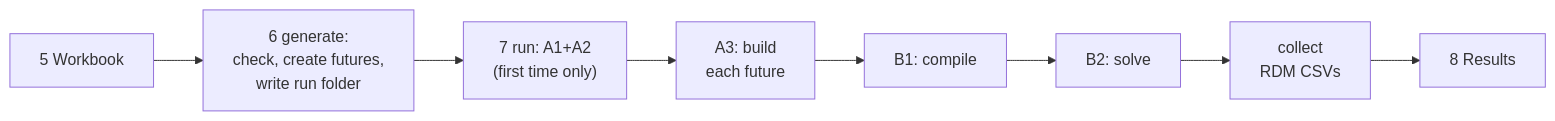
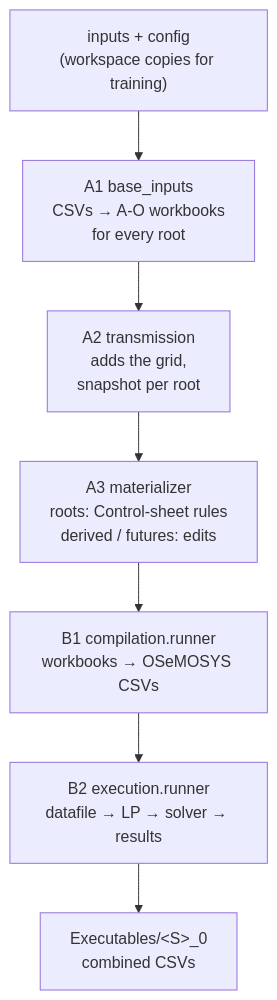
One commit to jeenogeorge/OSTRAM_PERT changed the second of 2 diagrams in docs/rdm-pipeline.md. Above: the diagram before and after it, drawn with Mermaid. The commit also changed other lines of this file and 3 other files, not shown here.

````diff
--- a/docs/rdm-pipeline.md
+++ b/docs/rdm-pipeline.md
@@ -27,10 +138,9 @@
 ```mermaid
-flowchart LR
-    S5["5 Workbook"] --> S6["6 generate:<br/>check, create futures,<br/>write run folder"]
-    S6 --> S7a["7 run: A1+A2<br/>(first time only)"]
-    S7a --> S7b["A3: build<br/>each future"]
-    S7b --> S7c["B1: compile"]
-    S7c --> S7d["B2: solve"]
-    S7d --> S7e["collect<br/>RDM CSVs"]
-    S7e --> S8["8 Results"]
+flowchart TB
+    IN["inputs + config<br/>(workspace copies for training)"] --> A1
+    A1["A1 base_inputs<br/>CSVs → A-O workbooks<br/>for every root"] --> A2["A2 transmission<br/>adds the grid,<br/>snapshot per root"]
+    A2 --> A3["A3 materializer<br/>roots: Control-sheet rules<br/>derived / futures: edits"]
+    A3 --> B1["B1 compilation.runner<br/>workbooks → OSeMOSYS CSVs"]
+    B1 --> B2["B2 execution.runner<br/>datafile → LP → solver → results"]
+    B2 --> OUT["Executables/&lt;S&gt;_0<br/>combined CSVs"]
 ```
````
